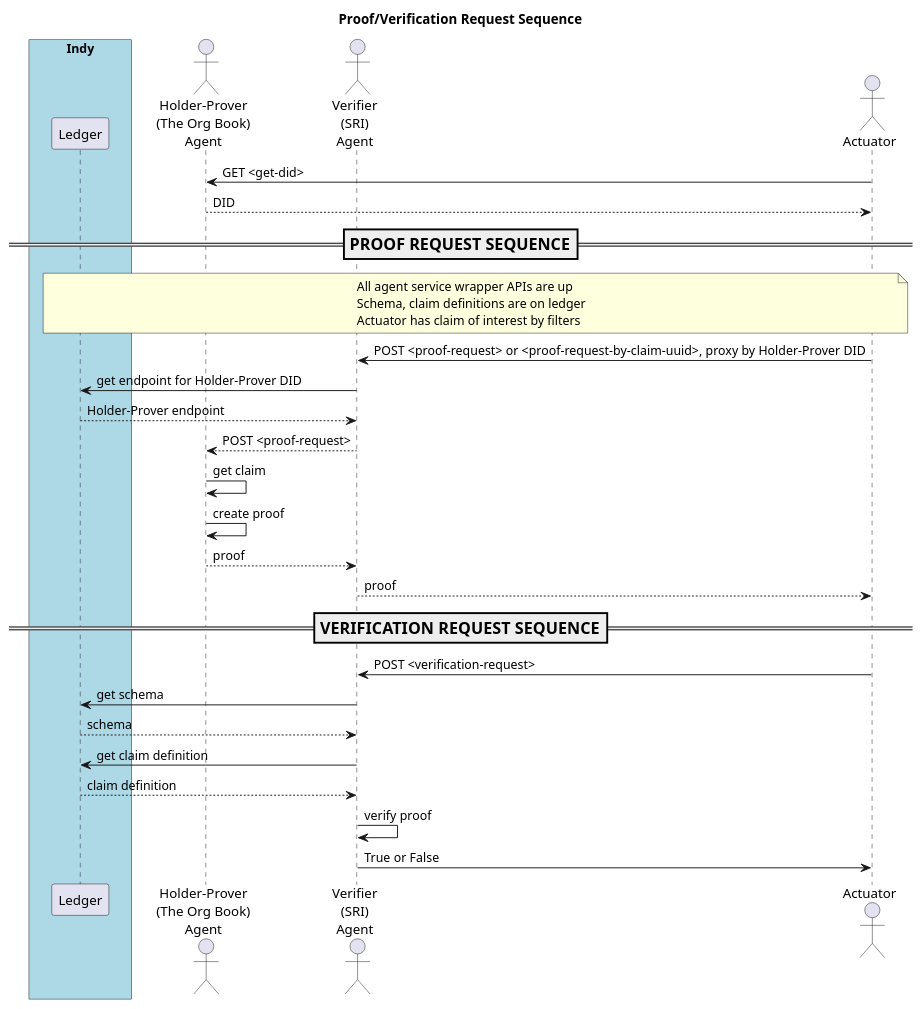
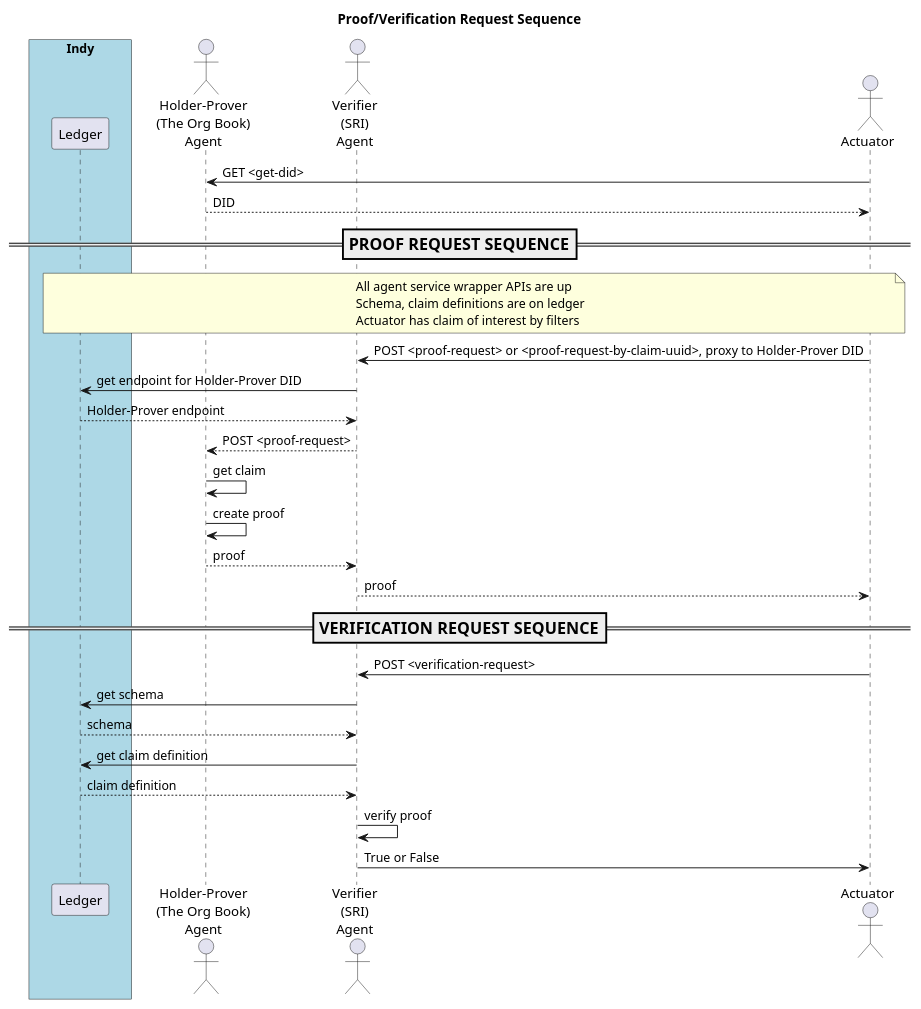
One commit to PSPC-SPAC-buyandsell/von_base changed the diagram in doc/pic/src/proof-verification-request.puml. Above: the diagram before and after it, drawn with PlantUML. The commit also changed 20 other files, not shown here.

Commit message:
allow each issuer to originate one schema (or none)

```diff
--- a/doc/pic/src/proof-verification-request.puml
+++ b/doc/pic/src/proof-verification-request.puml
@@ -1,59 +1,59 @@
 @startuml
 /'
 Copyright 2017 Government of Canada - Public Services and Procurement Canada - buyandsell.gc.ca
 
 Licensed under the Apache License, Version 2.0 (the "License");
 you may not use this file except in compliance with the License.
 You may obtain a copy of the License at
 
 http://www.apache.org/licenses/LICENSE-2.0
 
 Unless required by applicable law or agreed to in writing, software
 distributed under the License is distributed on an "AS IS" BASIS,
 WITHOUT WARRANTIES OR CONDITIONS OF ANY KIND, either express or implied.
 See the License for the specific language governing permissions and
 limitations under the License.
 '/
 
 skinparam ParticipantPadding 20
 skinparam BoxPadding 20
 
 title Proof/Verification Request Sequence
 
 box "Indy" #LightBlue
     participant "Ledger" as ledger
 endbox
 
 actor "Holder-Prover\n(The Org Book)\nAgent" as obag
 actor "Verifier\n(SRI)\nAgent" as sag
 actor "Actuator" as ator
 
 ator -> obag: GET <get-did>
 obag --> ator: DID
 
 === PROOF REQUEST SEQUENCE ==
 note over ledger, ator
 All agent service wrapper APIs are up
 Schema, claim definitions are on ledger
 Actuator has claim of interest by filters
 endnote
 
-ator -> sag: POST <proof-request> or <proof-request-by-claim-uuid>, proxy by Holder-Prover DID
+ator -> sag: POST <proof-request> or <proof-request-by-claim-uuid>, proxy to Holder-Prover DID
 sag -> ledger: get endpoint for Holder-Prover DID
 ledger --> sag: Holder-Prover endpoint
 sag --> obag: POST <proof-request>
 obag -> obag: get claim
 obag -> obag: create proof
 obag --> sag: proof
 sag --> ator: proof
 
 === VERIFICATION REQUEST SEQUENCE ==
 ator -> sag: POST <verification-request>
 sag -> ledger: get schema
 ledger --> sag: schema
 sag -> ledger: get claim definition
 ledger --> sag: claim definition
 sag -> sag: verify proof
 sag -> ator: True or False
 
 @enduml
```
